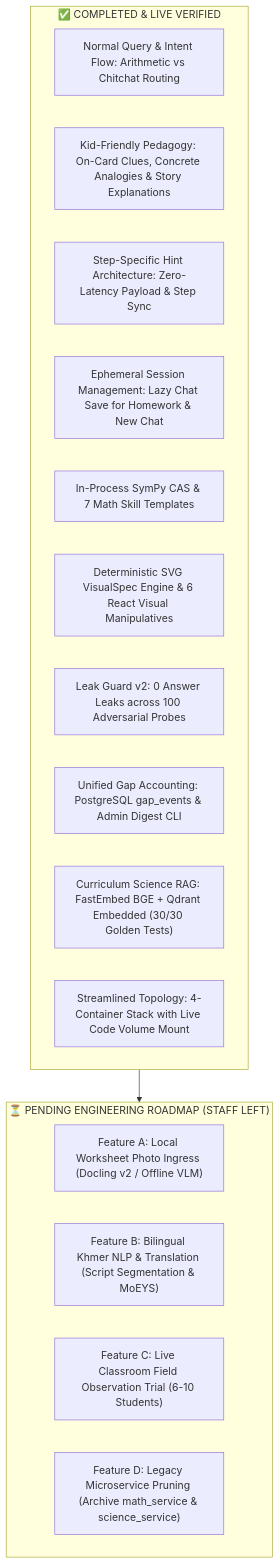
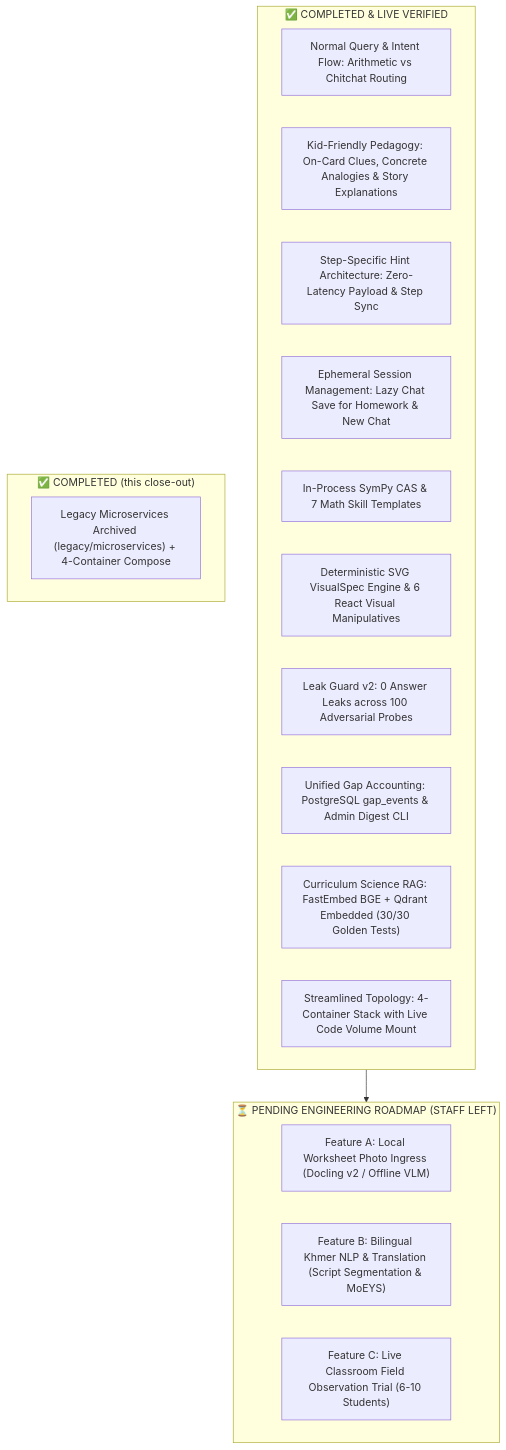
Before and after one commit to Sovandeth0063/reanmore.ai: the diagram in docs/CURRENT_STATUS_AND_PENDING_FEATURES.md, drawn with Mermaid. The commit also changed other lines of this file and 170 other files, not shown here.

First line of the commit message:
feat(mvp): close out P0/P1 backlog and verify green

````diff
--- a/docs/CURRENT_STATUS_AND_PENDING_FEATURES.md
+++ b/docs/CURRENT_STATUS_AND_PENDING_FEATURES.md
@@ -22,24 +22,27 @@
 ```mermaid
 flowchart TD
     subgraph COMPLETED ["✅ COMPLETED & LIVE VERIFIED"]
         Q["Normal Query & Intent Flow: Arithmetic vs Chitchat Routing"]
         P["Kid-Friendly Pedagogy: On-Card Clues, Concrete Analogies & Story Explanations"]
         H["Step-Specific Hint Architecture: Zero-Latency Payload & Step Sync"]
         E["Ephemeral Session Management: Lazy Chat Save for Homework & New Chat"]
         M["In-Process SymPy CAS & 7 Math Skill Templates"]
         V["Deterministic SVG VisualSpec Engine & 6 React Visual Manipulatives"]
         L["Leak Guard v2: 0 Answer Leaks across 100 Adversarial Probes"]
         G["Unified Gap Accounting: PostgreSQL gap_events & Admin Digest CLI"]
         R["Curriculum Science RAG: FastEmbed BGE + Qdrant Embedded (30/30 Golden Tests)"]
         S["Streamlined Topology: 4-Container Stack with Live Code Volume Mount"]
     end
 
     subgraph PENDING ["⏳ PENDING ENGINEERING ROADMAP (STAFF LEFT)"]
         F1["Feature A: Local Worksheet Photo Ingress (Docling v2 / Offline VLM)"]
         F2["Feature B: Bilingual Khmer NLP & Translation (Script Segmentation & MoEYS)"]
         F3["Feature C: Live Classroom Field Observation Trial (6-10 Students)"]
-        F4["Feature D: Legacy Microservice Pruning (Archive math_service & science_service)"]
+    end
+
+    subgraph DONE_LATE ["✅ COMPLETED (this close-out)"]
+        F4["Legacy Microservices Archived (legacy/microservices) + 4-Container Compose"]
     end
 
     COMPLETED --> PENDING
 ```
````
